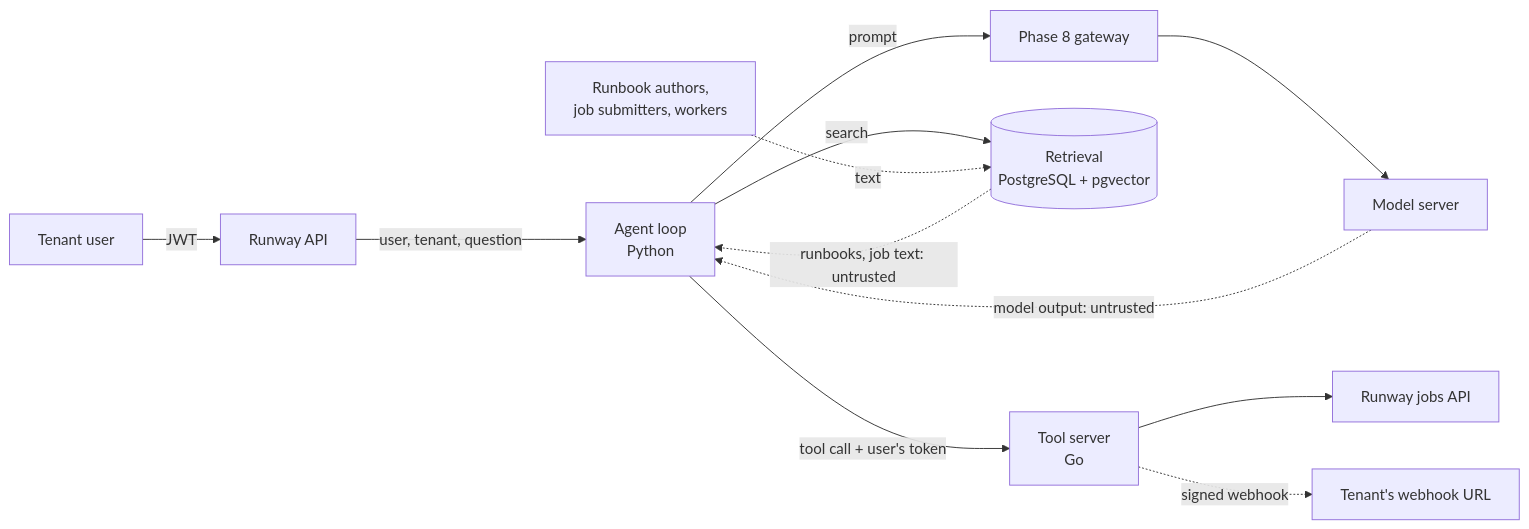
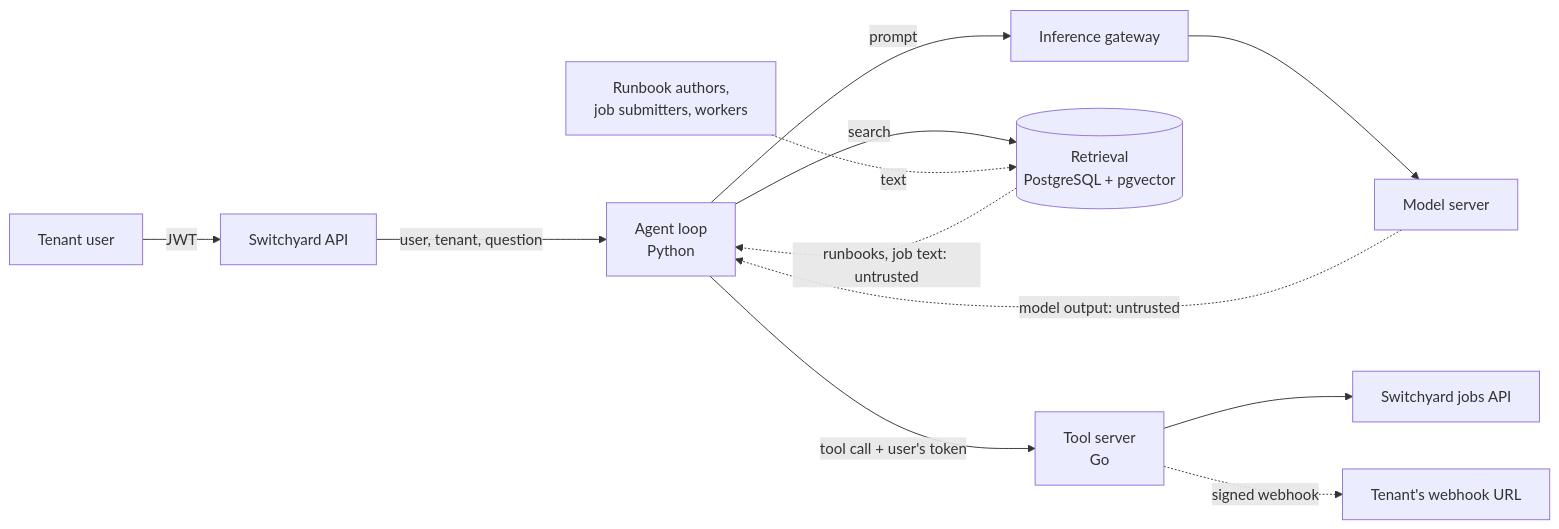
Before and after one commit to nickemma/Nicholas-Engineering-Blueprint: the diagram in 3-tracks/ai-infrastructure/04-securing-the-ai-layer/lessons/01-a-threat-model-for-the-ai-layer.md, drawn with Mermaid. The commit also changed other lines of this file and 72 other files, not shown here.

````diff
--- a/3-tracks/ai-infrastructure/04-securing-the-ai-layer/lessons/01-a-threat-model-for-the-ai-layer.md
+++ b/3-tracks/ai-infrastructure/04-securing-the-ai-layer/lessons/01-a-threat-model-for-the-ai-layer.md
@@ -31,13 +31,13 @@
 ```mermaid
 flowchart LR
-  user[Tenant user] -->|JWT| api[Runway API]
+  user[Tenant user] -->|JWT| api[Switchyard API]
   api -->|user, tenant, question| agent[Agent loop<br/>Python]
-  agent -->|prompt| gw[Phase 8 gateway] --> model[Model server]
+  agent -->|prompt| gw[Inference gateway] --> model[Model server]
   model -.->|model output: untrusted| agent
   agent -->|search| rag[(Retrieval<br/>PostgreSQL + pgvector)]
   rag -.->|runbooks, job text: untrusted| agent
   agent -->|tool call + user's token| tools[Tool server<br/>Go]
-  tools --> jobs[Runway jobs API]
+  tools --> jobs[Switchyard jobs API]
   tools -.->|signed webhook| ext[Tenant's webhook URL]
   writers[Runbook authors,<br/>job submitters, workers] -.->|text| rag
 ```
````
